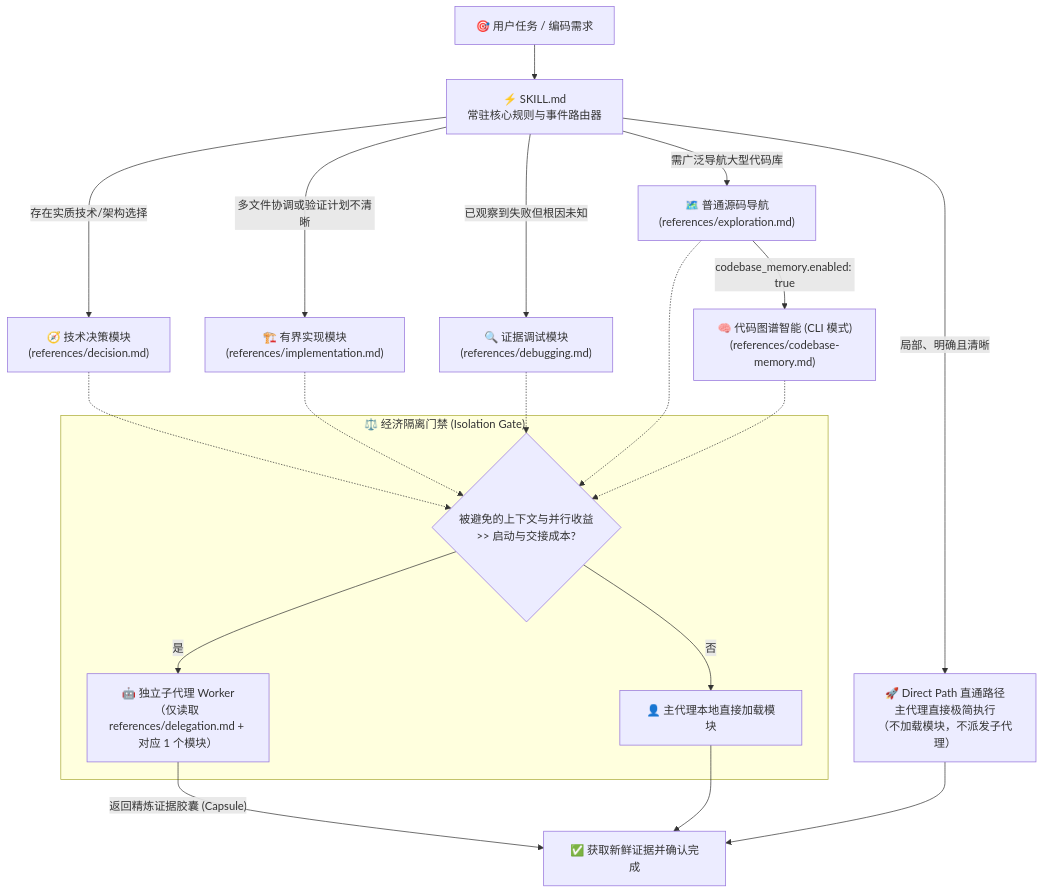
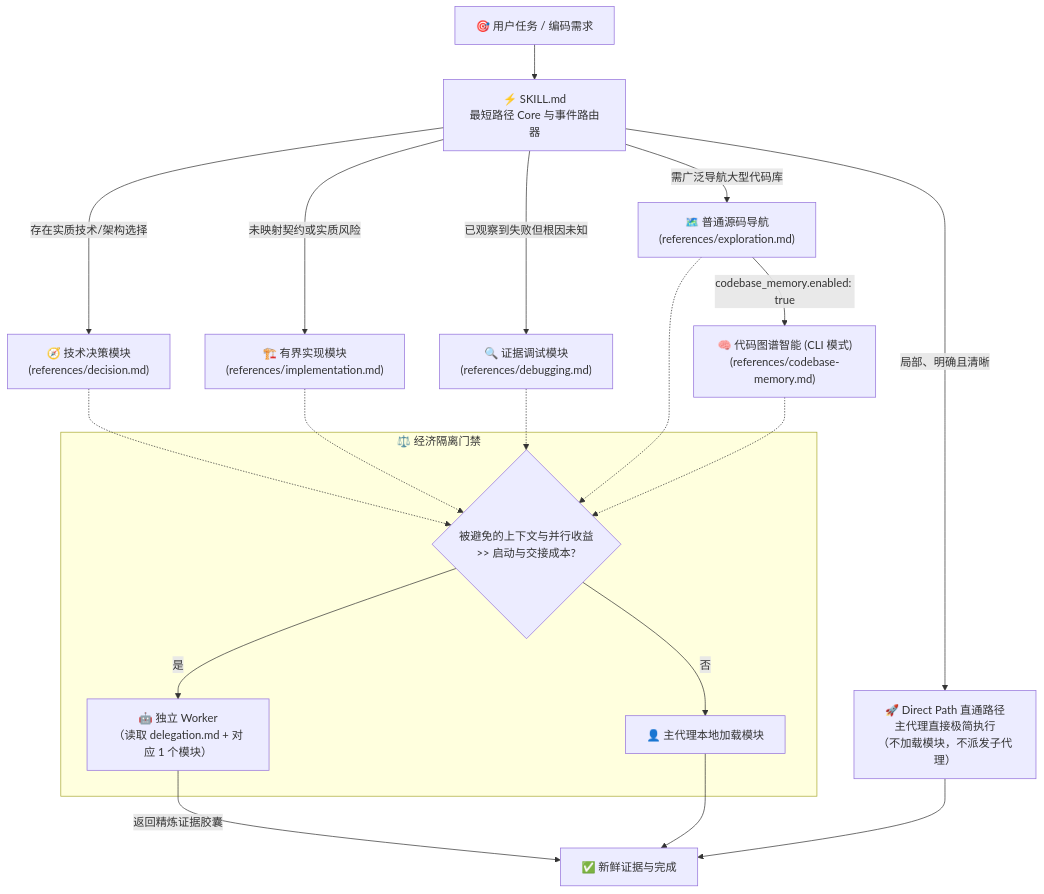
The diagram in README_zh.md (Hubujiu/practical-coding), drawn with Mermaid before and after one commit. The commit also changed other lines of this file and 8 other files, not shown here.

````diff
--- a/README_zh.md
+++ b/README_zh.md
@@ -106,28 +105,27 @@
 ```mermaid
 flowchart TB
-    Task["🎯 用户任务 / 编码需求"] --> Core["⚡ SKILL.md<br/>常驻核心规则与事件路由器"]
+    Task["🎯 用户任务 / 编码需求"] --> Core["⚡ SKILL.md<br/>最短路径 Core 与事件路由器"]
 
     Core -->|"局部、明确且清晰"| Direct["🚀 Direct Path 直通路径<br/>主代理直接极简执行<br/>（不加载模块，不派发子代理）"]
-    
     Core -->|"存在实质技术/架构选择"| D["🧭 技术决策模块<br/>(references/decision.md)"]
-    Core -->|"多文件协调或验证计划不清晰"| I["🏗️ 有界实现模块<br/>(references/implementation.md)"]
+    Core -->|"未映射契约或实质风险"| I["🏗️ 有界实现模块<br/>(references/implementation.md)"]
     Core -->|"已观察到失败但根因未知"| G["🔍 证据调试模块<br/>(references/debugging.md)"]
     Core -->|"需广泛导航大型代码库"| E["🗺️ 普通源码导航<br/>(references/exploration.md)"]
     E -->|"codebase_memory.enabled: true"| M["🧠 代码图谱智能 (CLI 模式)<br/>(references/codebase-memory.md)"]
 
-    subgraph IsolationGate["⚖️ 经济隔离门禁 (Isolation Gate)"]
+    subgraph IsolationGate["⚖️ 经济隔离门禁"]
         IG{"被避免的上下文与并行收益<br/>>> 启动与交接成本?"}
-        IG -->|"是"| Worker["🤖 独立子代理 Worker<br/>（仅读取 references/delegation.md + 对应 1 个模块）"]
-        IG -->|"否"| RootExec["👤 主代理本地直接加载模块"]
+        IG -->|"是"| Worker["🤖 独立 Worker<br/>（读取 delegation.md + 对应 1 个模块）"]
+        IG -->|"否"| RootExec["👤 主代理本地加载模块"]
     end
 
     D -.-> IG
     I -.-> IG
     G -.-> IG
     E -.-> IG
     M -.-> IG
 
-    Worker -->|"返回精炼证据胶囊 (Capsule)"| Done["✅ 获取新鲜证据并确认完成"]
+    Worker -->|"返回精炼证据胶囊"| Done["✅ 新鲜证据与完成"]
     RootExec --> Done
     Direct --> Done
 ```
````
